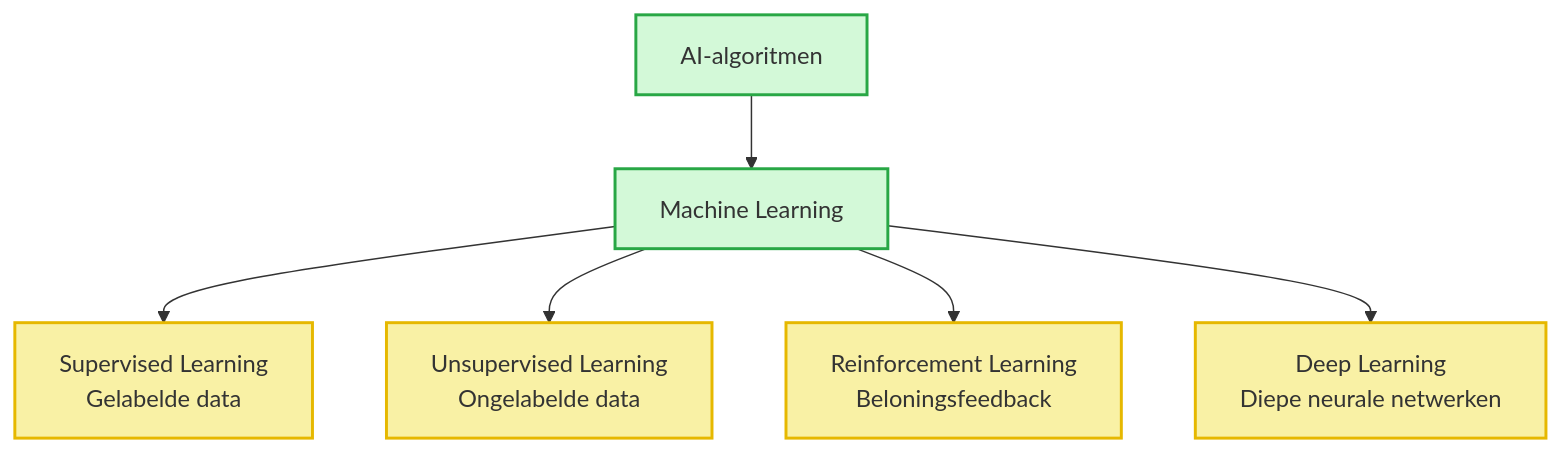
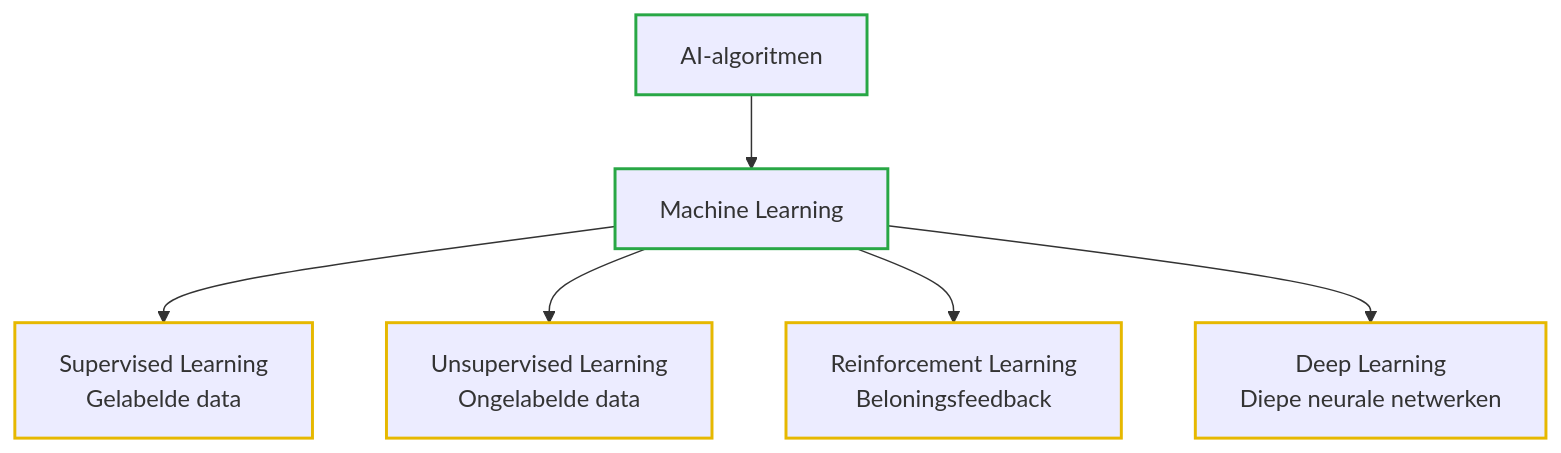
One commit to kyell182/samenvattingen changed the sixth of 12 diagrams in 2 de jaar/AI Programming/sammenvating.md. Above: the diagram before and after it, drawn with Mermaid. The commit also changed other lines of this file and 6 other files, not shown here.

````diff
--- a/2 de jaar/AI Programming/sammenvating.md
+++ b/2 de jaar/AI Programming/sammenvating.md
@@ -267,19 +267,19 @@
 ```mermaid
 flowchart TD
     AI[AI-algoritmen] --> ML[Machine Learning]
     ML --> SUP[Supervised Learning
     Gelabelde data]
     ML --> UNSUP[Unsupervised Learning
     Ongelabelde data]
     ML --> RL[Reinforcement Learning
     Beloningsfeedback]
     ML --> DL[Deep Learning
     Diepe neurale netwerken]
 
     class SUP,UNSUP,RL,DL mlType
     class ML,AI aiType
 
-    classDef aiType fill:#d3f9d8,stroke:#28a745,stroke-width:2px;
-    classDef mlType fill:#f9f1a5,stroke:#e6b800,stroke-width:2px;
+    classDef aiType stroke:#28a745,stroke-width:2px;
+    classDef mlType stroke:#e6b800,stroke-width:2px;
 
 ```
````
